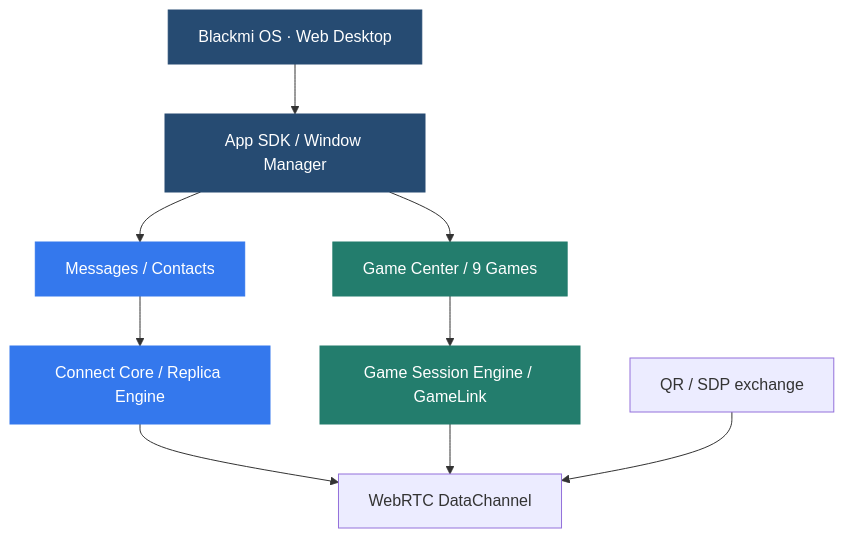
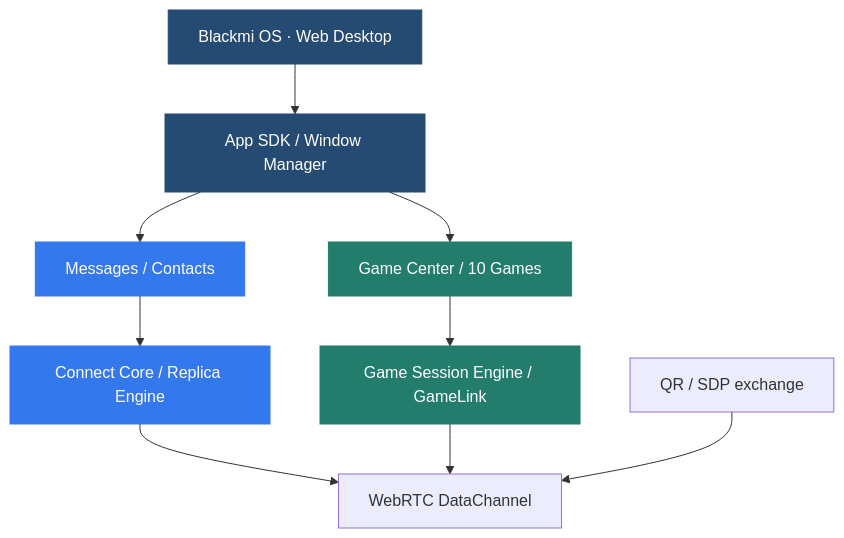
Before and after one commit to xiaoblackmi/Blackmi-os: the third of 3 diagrams in README.md, drawn with Mermaid. The commit also changed other lines of this file and 2 other files, not shown here.

````diff
--- a/README.md
+++ b/README.md
@@ -200,17 +209,17 @@
 ```mermaid
 flowchart TD
     A["Blackmi OS · Web Desktop"] --> B["App SDK / Window Manager"]
     B --> C["Messages / Contacts"]
-    B --> D["Game Center / 9 Games"]
+    B --> D["Game Center / 10 Games"]
     C --> E["Connect Core / Replica Engine"]
     D --> F["Game Session Engine / GameLink"]
     E --> G["WebRTC DataChannel"]
     F --> G
     H["QR / SDP exchange"] --> G
     classDef shell fill:#264b72,color:#fff,stroke:#264b72
     classDef chat fill:#3478ed,color:#fff,stroke:#3478ed
     classDef game fill:#237d6d,color:#fff,stroke:#237d6d
     class A,B shell
     class C,E chat
     class D,F game
 ```
````
